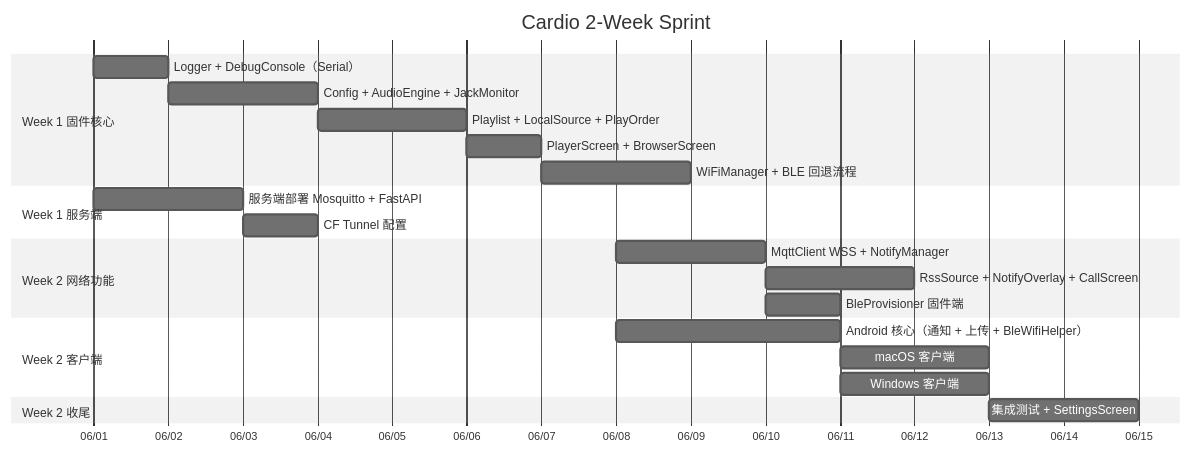
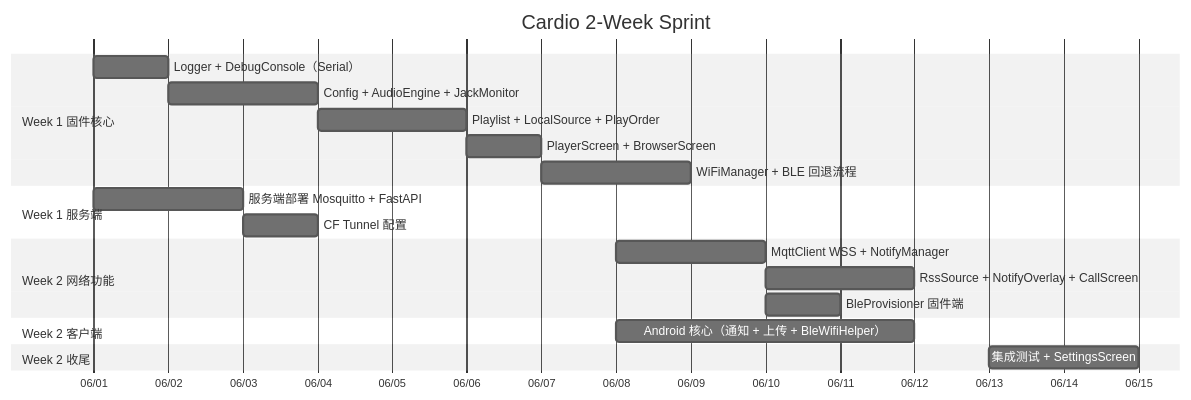
The diagram in Cardio/PLAN.md (ZUENS2020/Cardio), drawn with Mermaid (neutral theme) before and after one commit. The commit also changed other lines of this file and 2 other files, not shown here.

First line of the commit message:
chore: drop macOS/Windows clients from current scope

````diff
--- a/Cardio/PLAN.md
+++ b/Cardio/PLAN.md
@@ -66,30 +66,28 @@
 ```mermaid
 gantt
     title Cardio 2-Week Sprint
     dateFormat  YYYY-MM-DD
     axisFormat  %m/%d
 
     section Week 1 固件核心
     Logger + DebugConsole（Serial）      :w1a0, 2026-06-01, 1d
     Config + AudioEngine + JackMonitor   :w1a, after w1a0, 2d
     Playlist + LocalSource + PlayOrder   :w1b, after w1a, 2d
     PlayerScreen + BrowserScreen         :w1c, after w1b, 1d
     WiFiManager + BLE 回退流程           :w1d, after w1c, 2d
 
     section Week 1 服务端
     服务端部署 Mosquitto + FastAPI        :s1, 2026-06-01, 2d
     CF Tunnel 配置                       :s2, after s1, 1d
 
     section Week 2 网络功能
     MqttClient WSS + NotifyManager       :w2a, 2026-06-08, 2d
     RssSource + NotifyOverlay + CallScreen :w2b, after w2a, 2d
     BleProvisioner 固件端                :w2c, after w2a, 1d
 
     section Week 2 客户端
-    Android 核心（通知 + 上传 + BleWifiHelper） :a1, 2026-06-08, 3d
-    macOS 客户端                         :m1, after a1, 2d
-    Windows 客户端                       :win1, after a1, 2d
+    Android 核心（通知 + 上传 + BleWifiHelper） :a1, 2026-06-08, 4d
 
     section Week 2 收尾
     集成测试 + SettingsScreen            :t1, 2026-06-13, 2d
 ```
````
